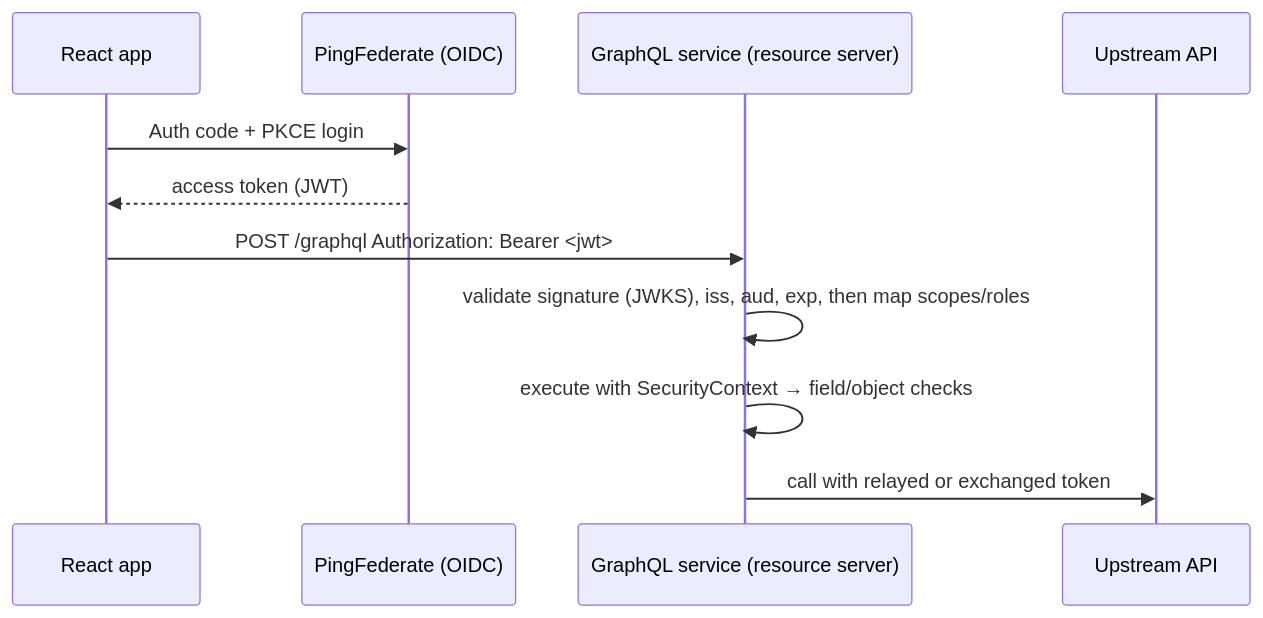
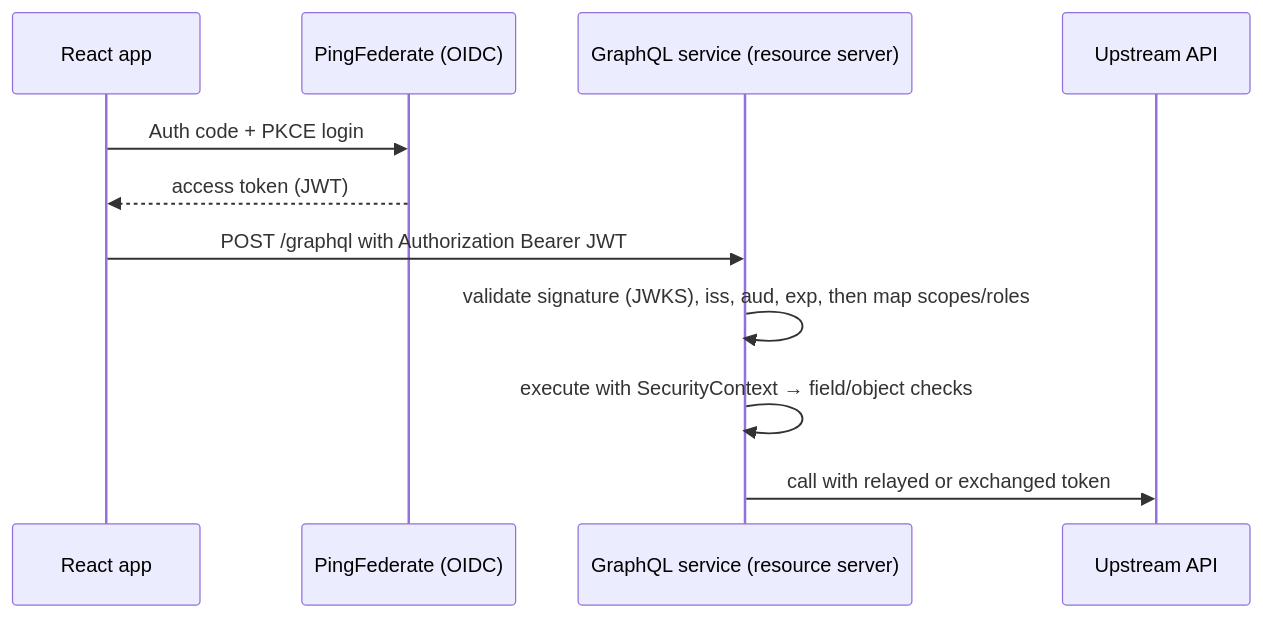
Before and after one commit to vishalhulawale/knowledge-base: the second of 2 diagrams in docs/graphql/08-security-auth-query-depth-complexity-limits-introspection.md, drawn with Mermaid. The commit also changed other lines of this file and 5 other files, not shown here.

First line of the commit message:
docs(graphql): independent fact-check of pages 04-09

````diff
--- a/docs/graphql/08-security-auth-query-depth-complexity-limits-introspection.md
+++ b/docs/graphql/08-security-auth-query-depth-complexity-limits-introspection.md
@@ -43,13 +43,13 @@
 ```mermaid
 sequenceDiagram
     participant U as React app
     participant IdP as PingFederate (OIDC)
     participant G as GraphQL service (resource server)
     participant UP as Upstream API
     U->>IdP: Auth code + PKCE login
     IdP-->>U: access token (JWT)
-    U->>G: POST /graphql  Authorization: Bearer <jwt>
+    U->>G: POST /graphql with Authorization Bearer JWT
     G->>G: validate signature (JWKS), iss, aud, exp, then map scopes/roles
     G->>G: execute with SecurityContext → field/object checks
     G->>UP: call with relayed or exchanged token
 ```
````
